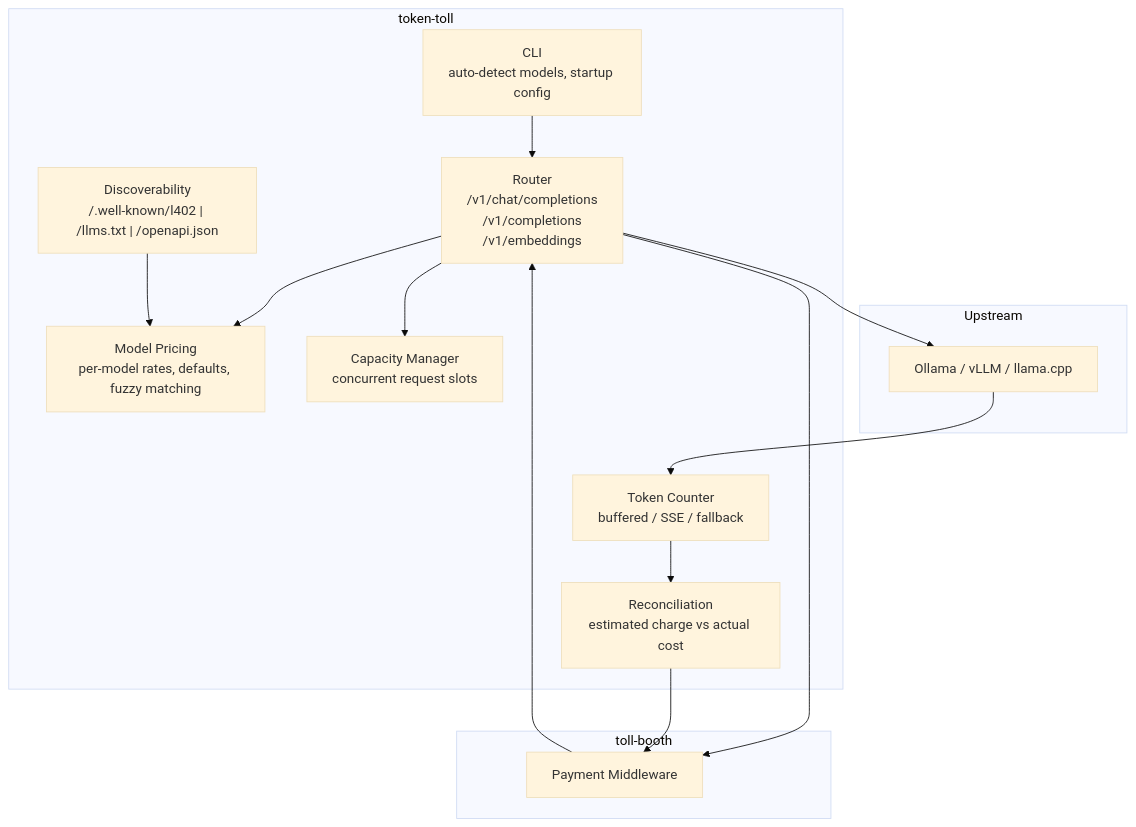
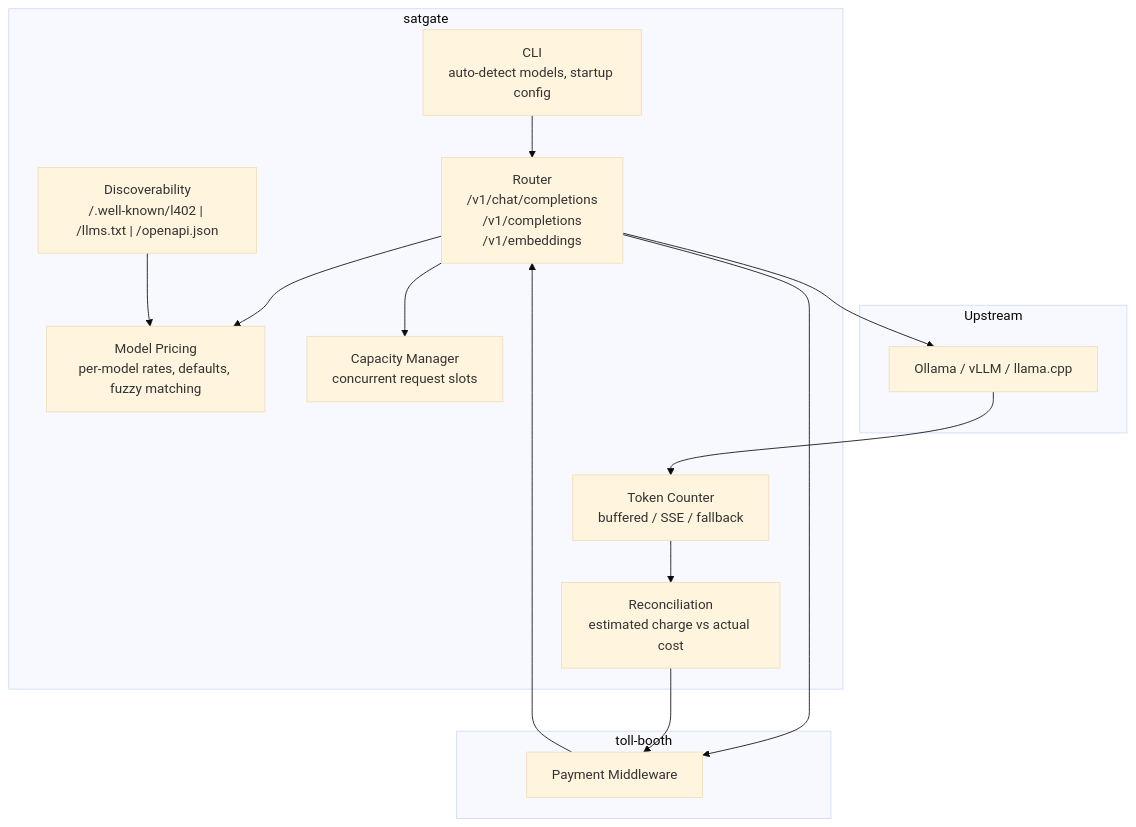
Before and after one commit to TheCryptoDonkey/toll-booth: the fifth of 5 diagrams in docs/architecture.md, drawn with Mermaid (base theme). The commit also changed other lines of this file and 1 other file, not shown here.

Commit message:
docs: rename token-toll to satgate in README and architecture diagrams

````diff
--- a/docs/architecture.md
+++ b/docs/architecture.md
@@ -167,31 +167,31 @@
 ```mermaid
 graph TB
-    subgraph "token-toll"
+    subgraph "satgate"
         CLI["CLI<br/>auto-detect models, startup config"]
         ROUTER["Router<br/>/v1/chat/completions<br/>/v1/completions<br/>/v1/embeddings"]
         PRICING["Model Pricing<br/>per-model rates, defaults, fuzzy matching"]
         TOKENS["Token Counter<br/>buffered / SSE / fallback"]
         CAP["Capacity Manager<br/>concurrent request slots"]
         RECON["Reconciliation<br/>estimated charge vs actual cost"]
         DISC["Discoverability<br/>/.well-known/l402 | /llms.txt | /openapi.json"]
     end
 
     subgraph "toll-booth"
         TB_MW["Payment Middleware"]
     end
 
     subgraph "Upstream"
         LLM_UP["Ollama / vLLM / llama.cpp"]
     end
 
     CLI --> ROUTER
     ROUTER --> TB_MW
     TB_MW --> ROUTER
     ROUTER --> PRICING
     ROUTER --> CAP
     ROUTER --> LLM_UP
     LLM_UP --> TOKENS
     TOKENS --> RECON
     RECON --> TB_MW
     DISC --> PRICING
 ```
````
